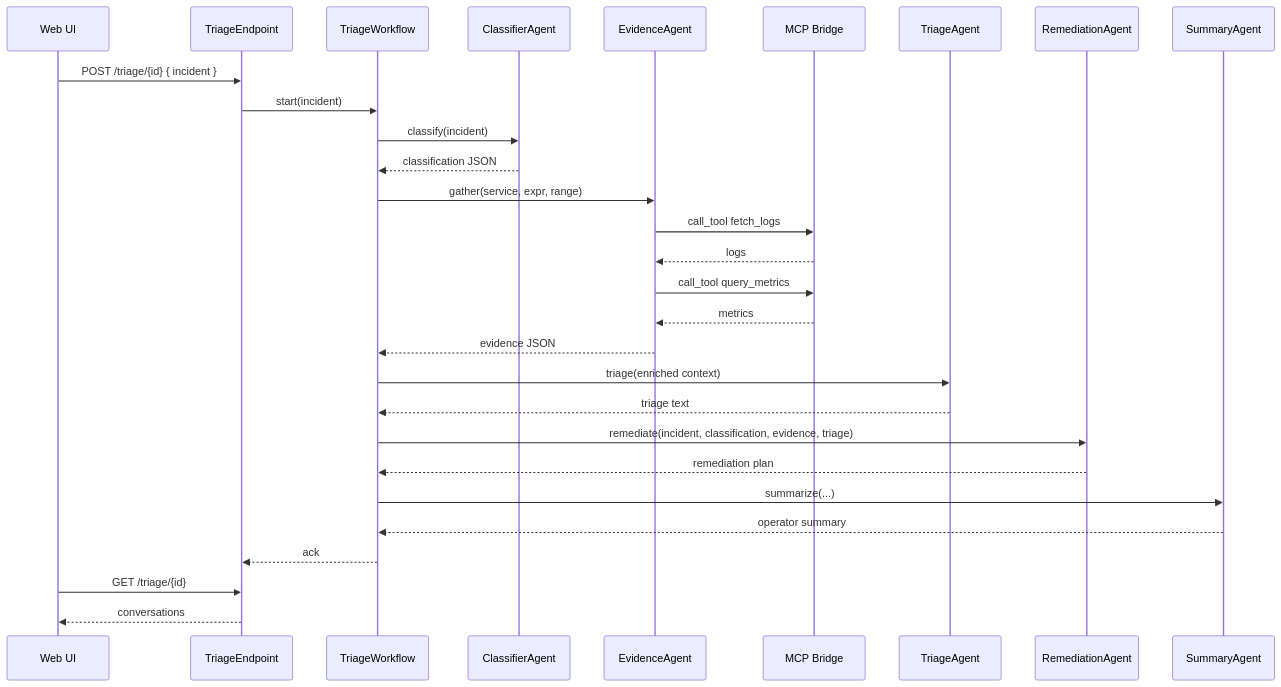
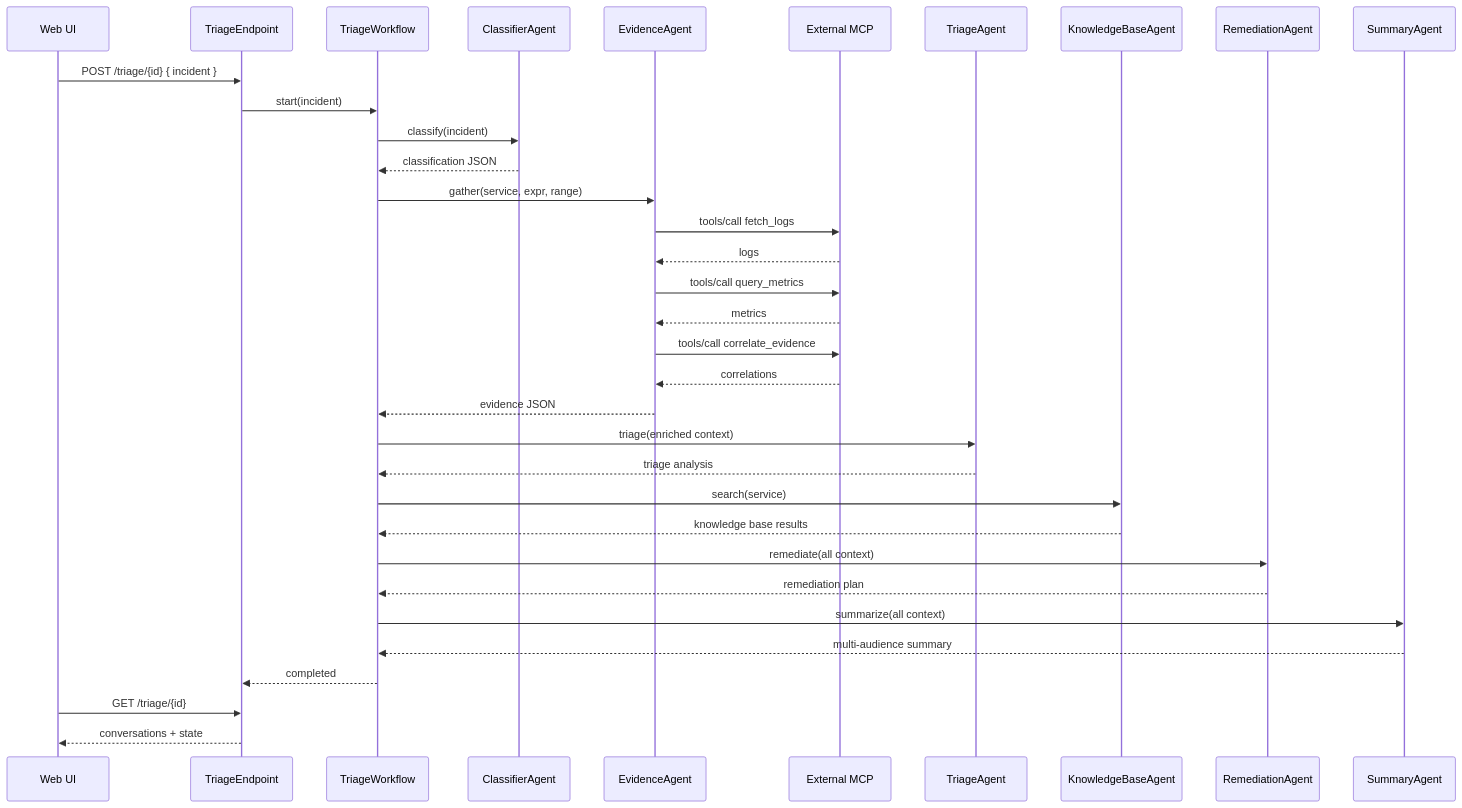
The second of 2 diagrams in README.md (PradeepLoganathan/AgenticAI-Triage-System), drawn with Mermaid before and after one commit. The commit also changed other lines of this file, not shown here.

````diff
--- a/README.md
+++ b/README.md
@@ -75,32 +92,37 @@
 ```mermaid
 sequenceDiagram
   participant UI as Web UI
   participant API as TriageEndpoint
   participant WF as TriageWorkflow
   participant CA as ClassifierAgent
   participant EA as EvidenceAgent
-  participant MCP as MCP Bridge
+  participant ExtMCP as External MCP
   participant TA as TriageAgent
+  participant KBA as KnowledgeBaseAgent
   participant RA as RemediationAgent
   participant SA as SummaryAgent
 
   UI->>API: POST /triage/{id} { incident }
   API->>WF: start(incident)
   WF->>CA: classify(incident)
   CA-->>WF: classification JSON
   WF->>EA: gather(service, expr, range)
-  EA->>MCP: call_tool fetch_logs
-  MCP-->>EA: logs
-  EA->>MCP: call_tool query_metrics
-  MCP-->>EA: metrics
+  EA->>ExtMCP: tools/call fetch_logs
+  ExtMCP-->>EA: logs
+  EA->>ExtMCP: tools/call query_metrics
+  ExtMCP-->>EA: metrics
+  EA->>ExtMCP: tools/call correlate_evidence
+  ExtMCP-->>EA: correlations
   EA-->>WF: evidence JSON
   WF->>TA: triage(enriched context)
-  TA-->>WF: triage text
-  WF->>RA: remediate(incident, classification, evidence, triage)
+  TA-->>WF: triage analysis
+  WF->>KBA: search(service)
+  KBA-->>WF: knowledge base results
+  WF->>RA: remediate(all context)
   RA-->>WF: remediation plan
-  WF->>SA: summarize(...)
-  SA-->>WF: operator summary
-  WF-->>API: ack
+  WF->>SA: summarize(all context)
+  SA-->>WF: multi-audience summary
+  WF-->>API: completed
   UI->>API: GET /triage/{id}
-  API-->>UI: conversations
+  API-->>UI: conversations + state
 ```
````
